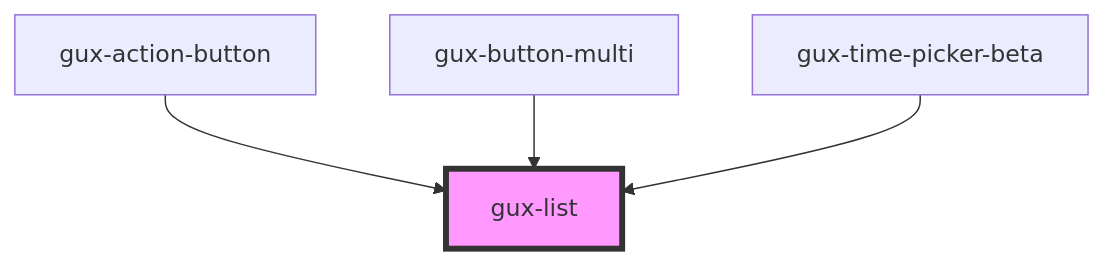
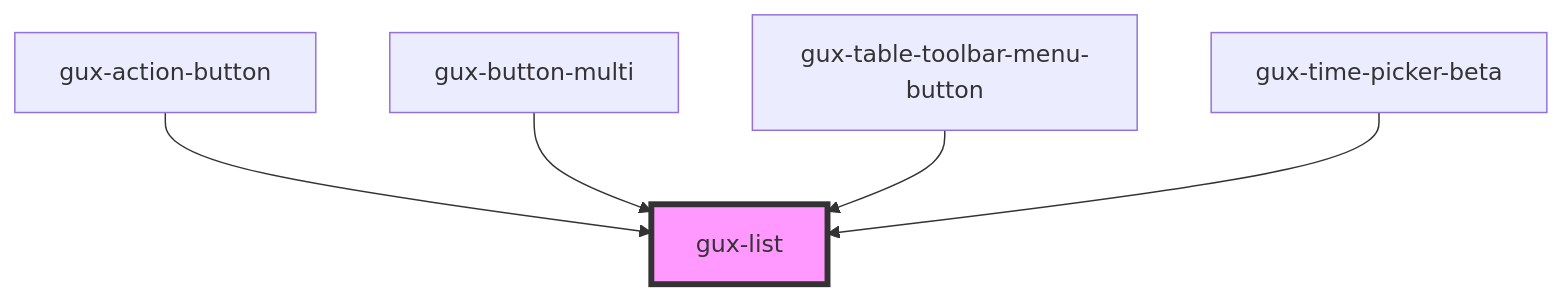
One commit to MyPureCloud/genesys-spark changed the diagram in src/components/stable/gux-list/readme.md. Above: the diagram before and after it, drawn with Mermaid. The commit also changed other lines of this file and 33 other files, not shown here.

````diff
--- a/src/components/stable/gux-list/readme.md
+++ b/src/components/stable/gux-list/readme.md
@@ -51,7 +52,8 @@
 ```mermaid
 graph TD;
   gux-action-button --> gux-list
   gux-button-multi --> gux-list
+  gux-table-toolbar-menu-button --> gux-list
   gux-time-picker-beta --> gux-list
   style gux-list fill:#f9f,stroke:#333,stroke-width:4px
 ```
````
